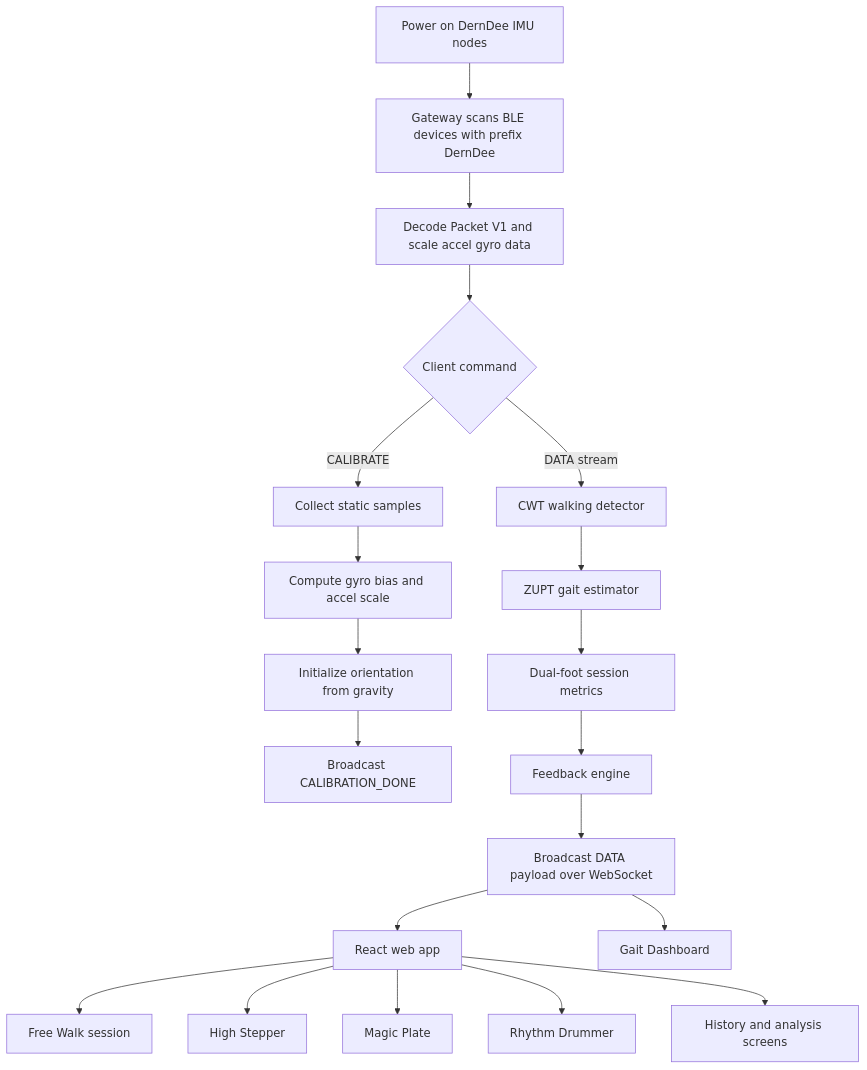
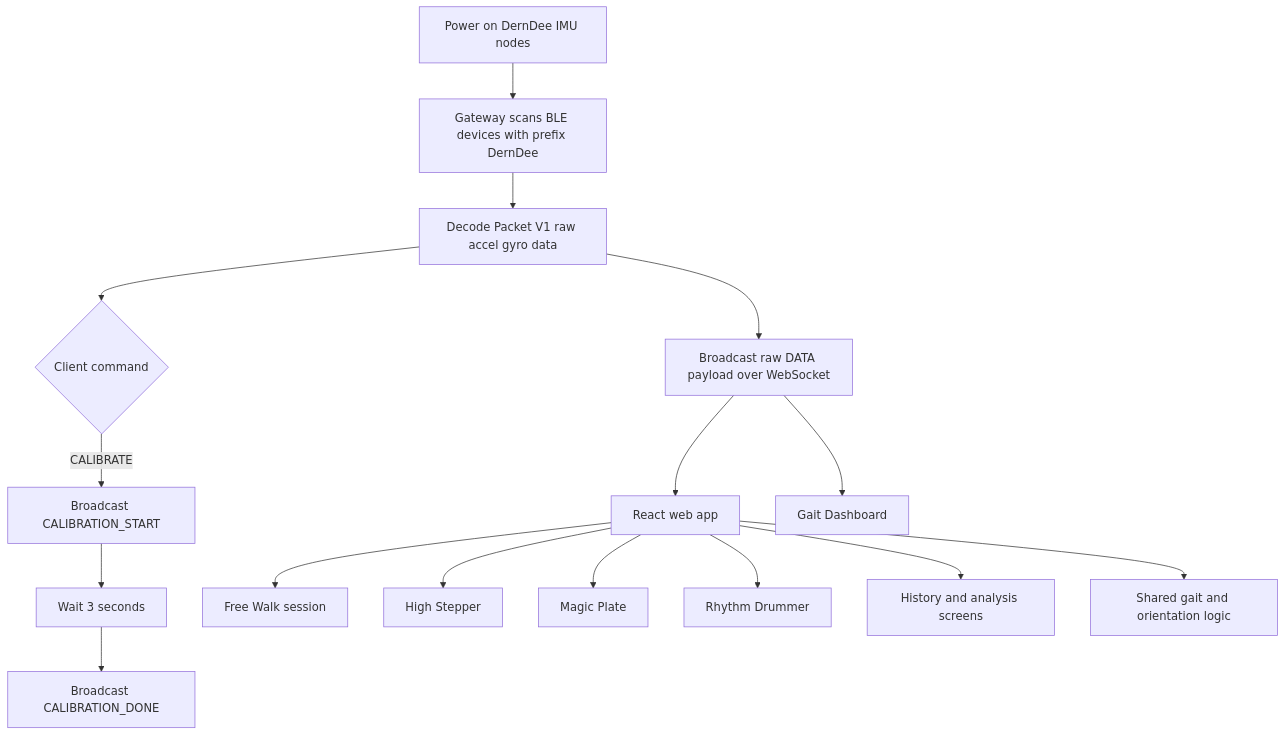
The diagram in README.md (Nontakorn-dev/DernDee), drawn with Mermaid before and after one commit. The commit also changed other lines of this file and 10 other files, not shown here.

Commit message:
refactor(gateway): remove legacy gait analysis and document raw streaming architecture

````diff
--- a/README.md
+++ b/README.md
@@ -67,26 +63,22 @@
 ```mermaid
 flowchart TD
-    A[Power on DernDee IMU nodes] --> B[Gateway scans BLE devices with prefix DernDee]
-    B --> C[Decode Packet V1 and scale accel gyro data]
+  A[Power on DernDee IMU nodes] --> B[Gateway scans BLE devices with prefix DernDee]
+  B --> C[Decode Packet V1 raw accel gyro data]
     C --> D{Client command}
 
-    D -->|CALIBRATE| E[Collect static samples]
-    E --> F[Compute gyro bias and accel scale]
-    F --> G[Initialize orientation from gravity]
-    G --> H[Broadcast CALIBRATION_DONE]
+  D -->|CALIBRATE| E[Broadcast CALIBRATION_START]
+  E --> F[Wait 3 seconds]
+  F --> G[Broadcast CALIBRATION_DONE]
 
-    D -->|DATA stream| I[CWT walking detector]
-    I --> J[ZUPT gait estimator]
-    J --> K[Dual-foot session metrics]
-    K --> L[Feedback engine]
-    L --> M[Broadcast DATA payload over WebSocket]
+  C --> M[Broadcast raw DATA payload over WebSocket]
 
     M --> N[React web app]
-    N --> O[Free Walk session]
-    N --> P[High Stepper]
-    N --> Q[Magic Plate]
-    N --> R[Rhythm Drummer]
-    N --> S[History and analysis screens]
+  N --> O[Free Walk session]
+  N --> P[High Stepper]
+  N --> Q[Magic Plate]
+  N --> R[Rhythm Drummer]
+  N --> S[History and analysis screens]
+  N --> T[Shared gait and orientation logic]
 
-    M --> T[Gait Dashboard]
+  M --> U[Gait Dashboard]
 ```
````
